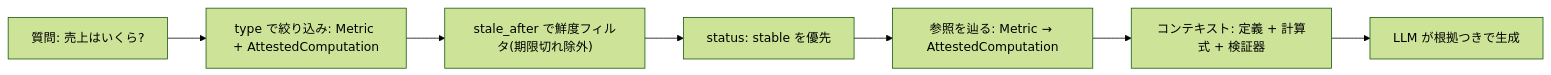
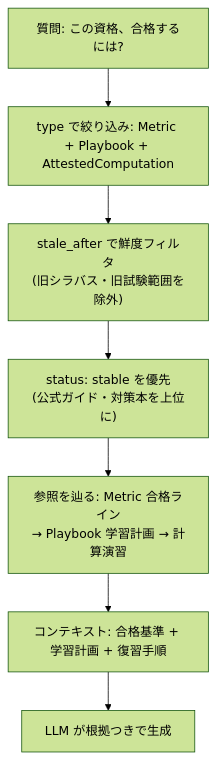
Before and after one commit to watanabe3tipapa/okf-seedling: the diagram in tutorial/okf-rag.qmd, drawn with Mermaid (forest theme). The commit also changed other lines of this file and 1 other file, not shown here.

Commit message:
docs: synergy demo -> certification-study example; enlarge mermaid diagrams

````diff
--- a/tutorial/okf-rag.qmd
+++ b/tutorial/okf-rag.qmd
@@ -101,9 +101,9 @@
 ```{mermaid}
-flowchart LR
-    Q["質問: 売上はいくら?"] --> F1["type で絞り込み: Metric + AttestedComputation"]
-    F1 --> F2["stale_after で鮮度フィルタ(期限切れ除外)"]
-    F2 --> F3["status: stable を優先"]
-    F3 --> R["参照を辿る: Metric → AttestedComputation"]
-    R --> C["コンテキスト: 定義 + 計算式 + 検証器"]
+flowchart TB
+    Q["質問: この資格、合格するには?"] --> F1["type で絞り込み: Metric + Playbook + AttestedComputation"]
+    F1 --> F2["stale_after で鮮度フィルタ<br>(旧シラバス・旧試験範囲を除外)"]
+    F2 --> F3["status: stable を優先<br>(公式ガイド・対策本を上位に)"]
+    F3 --> R["参照を辿る: Metric 合格ライン<br>→ Playbook 学習計画 → 計算演習"]
+    R --> C["コンテキスト: 合格基準 + 学習計画 + 復習手順"]
     C --> LLM["LLM が根拠つきで生成"]
 ```
````
